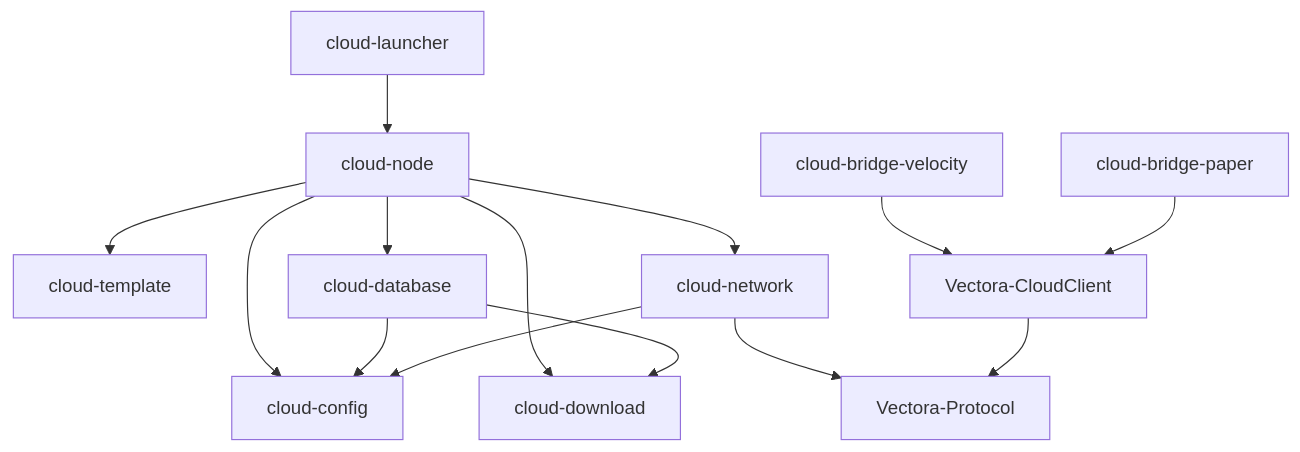
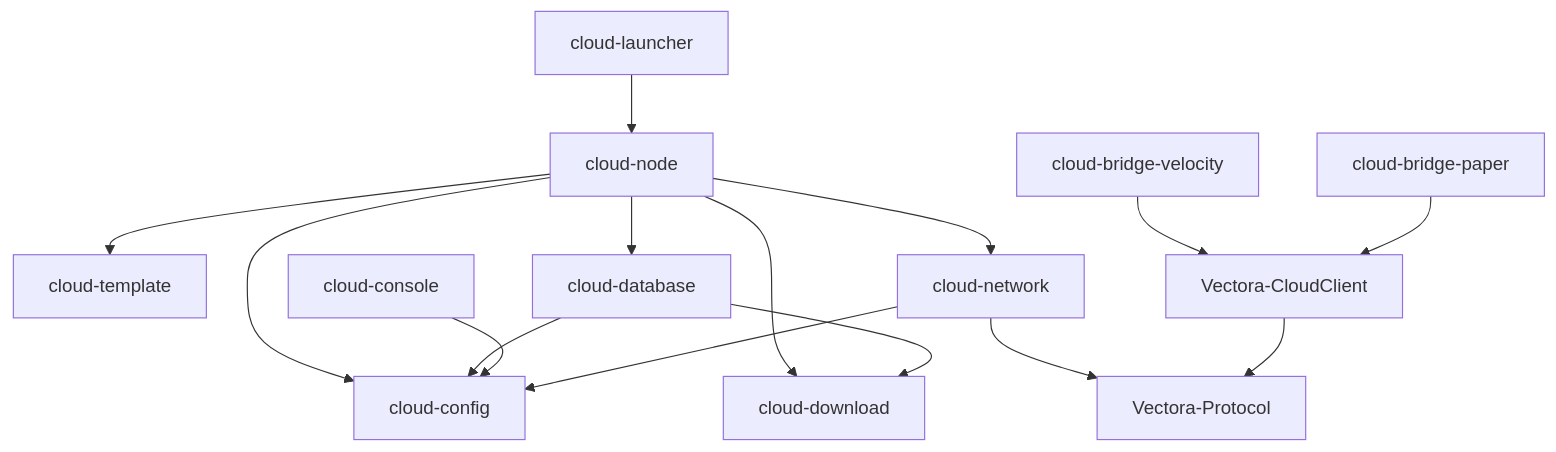
Before and after one commit to VectoDE/VectolynCloud: the diagram in docs/cloud/architecture.md, drawn with Mermaid. The commit also changed other lines of this file and 73 other files, not shown here.

First line of the commit message:
feat(cloud): console with JLine terminal, commands and question API (#37)

````diff
--- a/docs/cloud/architecture.md
+++ b/docs/cloud/architecture.md
@@ -31,16 +32,17 @@
 ```mermaid
 graph TD
     launcher[cloud-launcher] --> node[cloud-node]
     node --> config[cloud-config]
     node --> template[cloud-template]
     node --> download[cloud-download]
     node --> network[cloud-network]
     node --> database[cloud-database]
     database --> config
+    console[cloud-console] --> config
     database --> download
     network --> config
     network --> protocol[Vectora-Protocol]
     client[Vectora-CloudClient] --> protocol
     bvel[cloud-bridge-velocity] --> client
     bpap[cloud-bridge-paper] --> client
 ```
````
